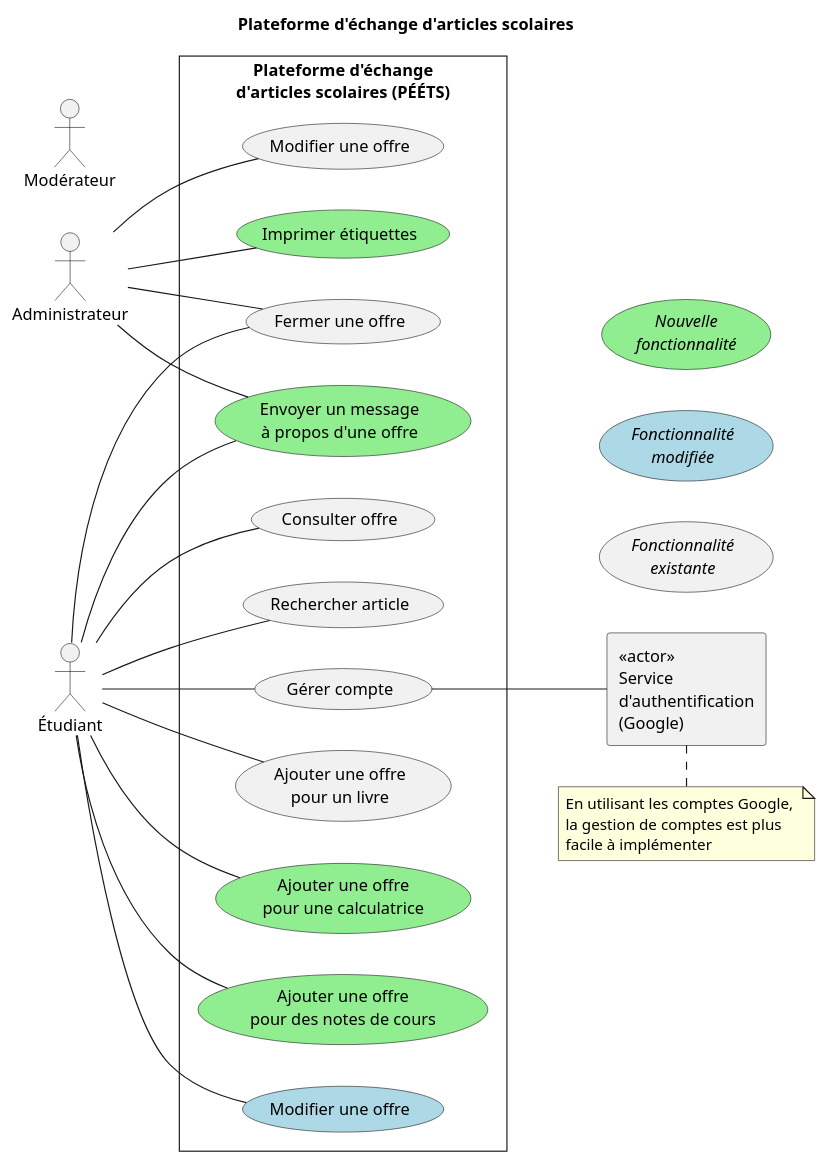
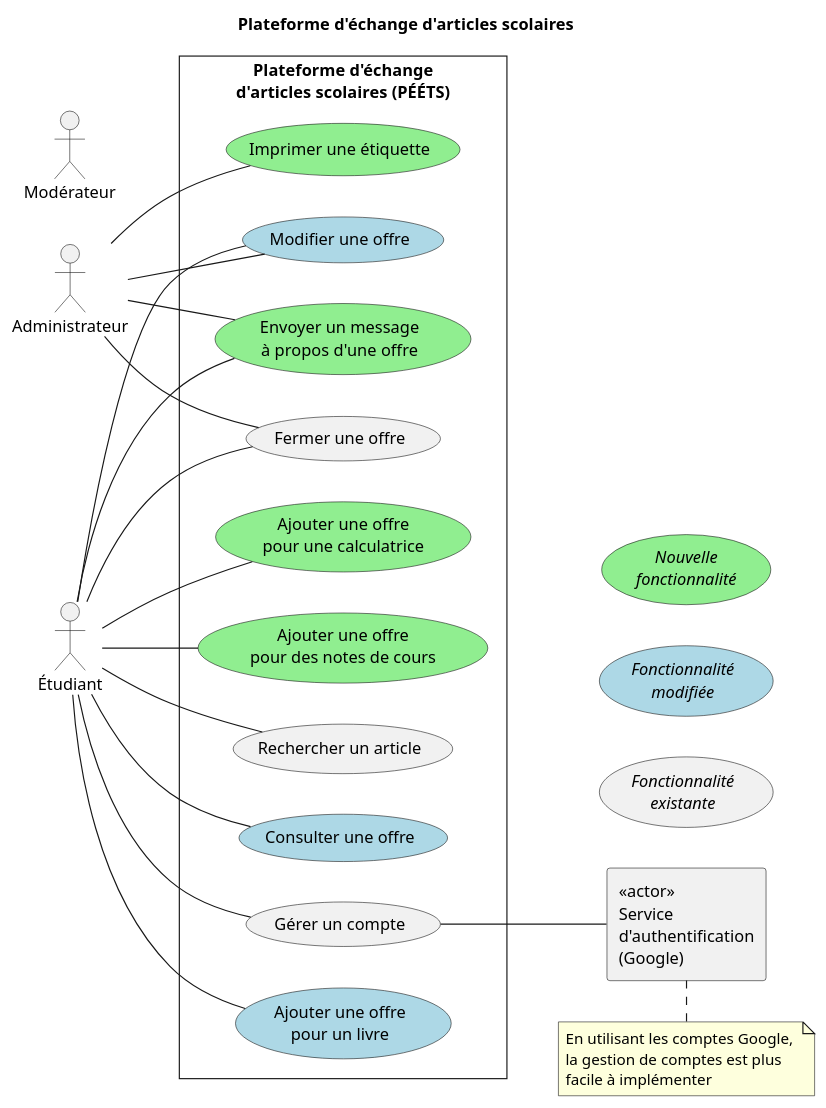
One commit to fuhrmanator/gti792-peets changed the diagram in OOAD/usecase.puml. Above: the diagram before and after it, drawn with PlantUML.

Commit message:
correction sur le diagramme des cas d'utilisation

```diff
--- a/OOAD/usecase.puml
+++ b/OOAD/usecase.puml
@@ -1,47 +1,48 @@
 @startuml
 title Plateforme d'échange d'articles scolaires
 left to right direction
 skinparam style strictuml
 skinparam packageStyle rect
 actor Administrateur
 actor Étudiant
 actor Modérateur
 rectangle "<<actor>>\nService\nd'authentification\n(Google)" as SA
 rectangle "Plateforme d'échange\nd'articles scolaires (PÉÉTS)" {
-  (Gérer compte) as GC
-  (Ajouter une offre\npour un livre) as AOL
+  (Gérer un compte) as GC
+  (Ajouter une offre\npour un livre) as AOL #lightblue
   (Ajouter une offre\npour une calculatrice) as AOC #lightgreen
   (Ajouter une offre\npour des notes de cours) as AON #lightgreen
   (Modifier une offre) as MO #lightblue
+  (Consulter une offre) as CO #lightblue
   (Envoyer un message\nà propos d'une offre) as EM #lightgreen
-  (Imprimer étiquettes) as IE #lightgreen
+  (Imprimer une étiquette) as IE #lightgreen
   Étudiant -- GC
   GC -- SA
   Étudiant -- AOL
   Étudiant -- AON
   Étudiant -- AOC
   Étudiant -- MO
   Étudiant -- (Fermer une offre) 
-  Étudiant -- (Rechercher article)
-  Étudiant -- (Consulter offre)
+  Étudiant -- (Rechercher un article)
+  Étudiant -- CO
   Étudiant -- EM
-  Administrateur -- (Modifier une offre)
+  Administrateur -- MO
   Administrateur -- (Fermer une offre)
   Administrateur -- IE
   Administrateur -- EM
 }
 'légende, expliquer les couleurs
 (//Nouvelle//\n//fonctionnalité//) as nf #lightgreen
 (//Fonctionnalité//\n//modifiée//) as fm #lightblue
 (//Fonctionnalité//\n//existante//) as fe
 'forcer une mise en page avec les lignes cachées
 nf -[#transparent]right- fm
 fm -[#transparent]right- fe
 fe -[#transparent]right- SA
 note as N1
  En utilisant les comptes Google, 
  la gestion de comptes est plus
  facile à implémenter
 end note
 SA . N1
 @enduml
```
